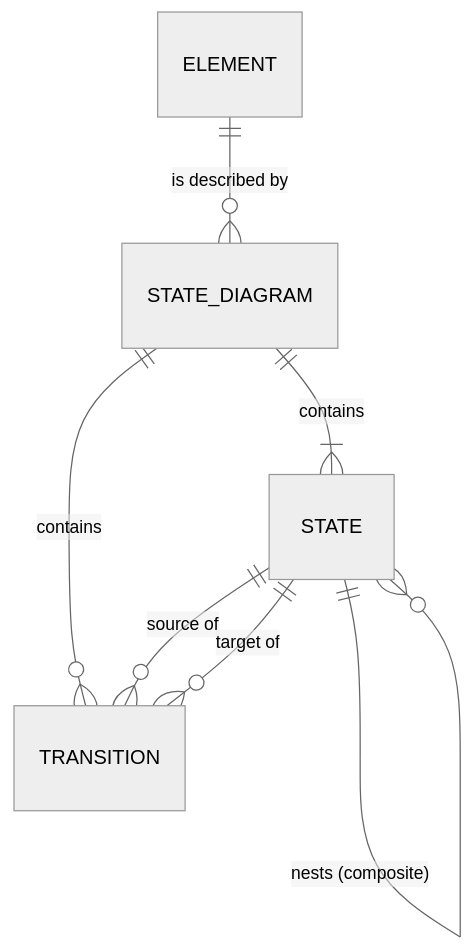
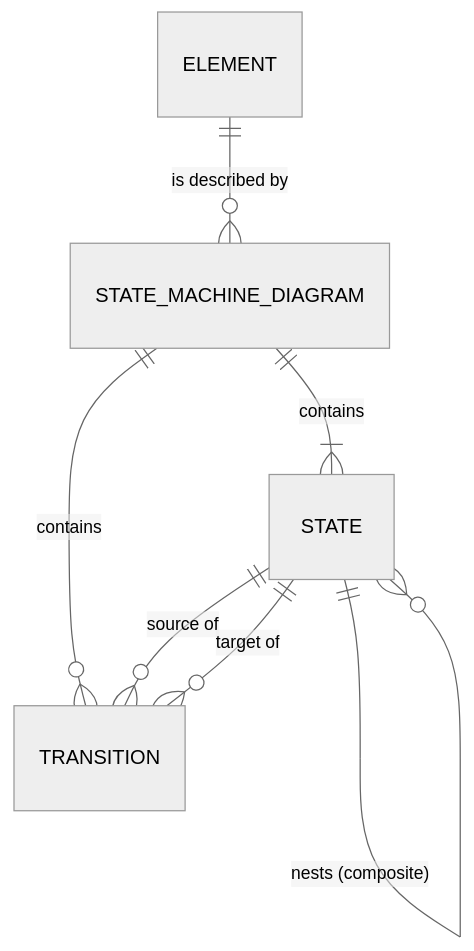
Before and after one commit to ballardr/reqtrackmanager: the third of 3 diagrams in docs/plans/module-18-system-architecture-plan.md, drawn with Mermaid (neutral theme). The commit also changed other lines of this file and 63 other files, not shown here.

````diff
--- a/docs/plans/module-18-system-architecture-plan.md
+++ b/docs/plans/module-18-system-architecture-plan.md
@@ -646,9 +646,9 @@
 ```mermaid
 erDiagram
-    ELEMENT ||--o{ STATE_DIAGRAM : "is described by"
-    STATE_DIAGRAM ||--|{ STATE : contains
+    ELEMENT ||--o{ STATE_MACHINE_DIAGRAM : "is described by"
+    STATE_MACHINE_DIAGRAM ||--|{ STATE : contains
     STATE ||--o{ STATE : "nests (composite)"
-    STATE_DIAGRAM ||--o{ TRANSITION : contains
+    STATE_MACHINE_DIAGRAM ||--o{ TRANSITION : contains
     STATE ||--o{ TRANSITION : "source of"
     STATE ||--o{ TRANSITION : "target of"
 ```
````
